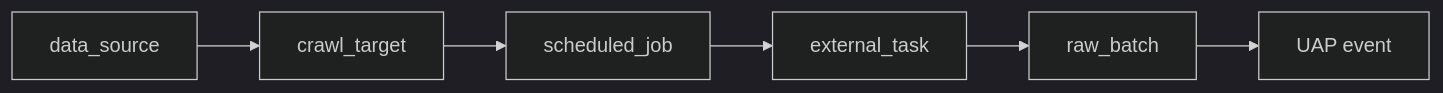
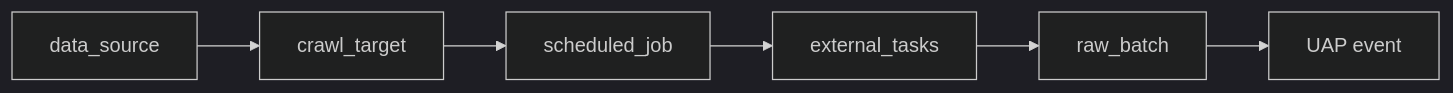
The sixth of 10 diagrams in README.md (smap-hcmut/ingest-srv), drawn with Mermaid (dark theme) before and after one commit. The commit also changed other lines of this file and 46 other files, not shown here.

````diff
--- a/README.md
+++ b/README.md
@@ -337,8 +338,8 @@
 ```mermaid
 flowchart LR
     DS[data_source] --> CT[crawl_target]
     CT --> SJ[scheduled_job]
-    SJ --> ET[external_task]
+    SJ --> ET[external_tasks]
     ET --> RB[raw_batch]
     RB --> UAP[UAP event]
 ```
````
